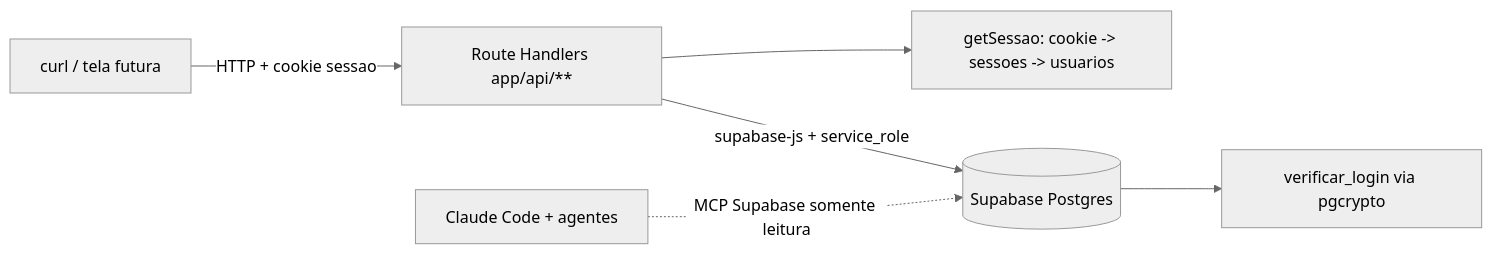
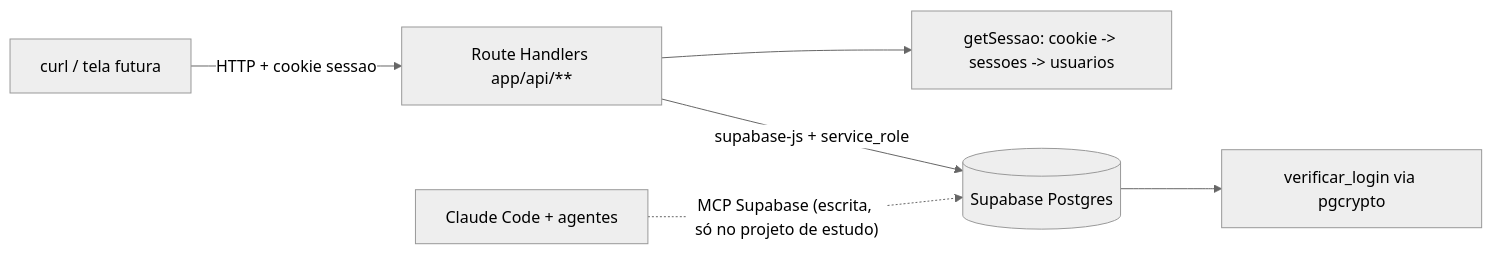
Before and after one commit to brunoonurb/harve-aula: the diagram in docs/mcp/02-arquitetura.md, drawn with Mermaid (neutral theme). The commit also changed other lines of this file and 8 other files, not shown here.

````diff
--- a/docs/mcp/02-arquitetura.md
+++ b/docs/mcp/02-arquitetura.md
@@ -13,8 +13,8 @@
 ```mermaid
 flowchart LR
   curl[curl / tela futura] -->|HTTP + cookie sessao| API[Route Handlers app/api/**]
   API --> AUTH[getSessao: cookie -> sessoes -> usuarios]
   API -->|supabase-js + service_role| DB[(Supabase Postgres)]
   DB --> FN[verificar_login via pgcrypto]
-  Claude[Claude Code + agentes] -. MCP Supabase somente leitura .-> DB
+  Claude[Claude Code + agentes] -. MCP Supabase (escrita, só no projeto de estudo) .-> DB
 ```
````
